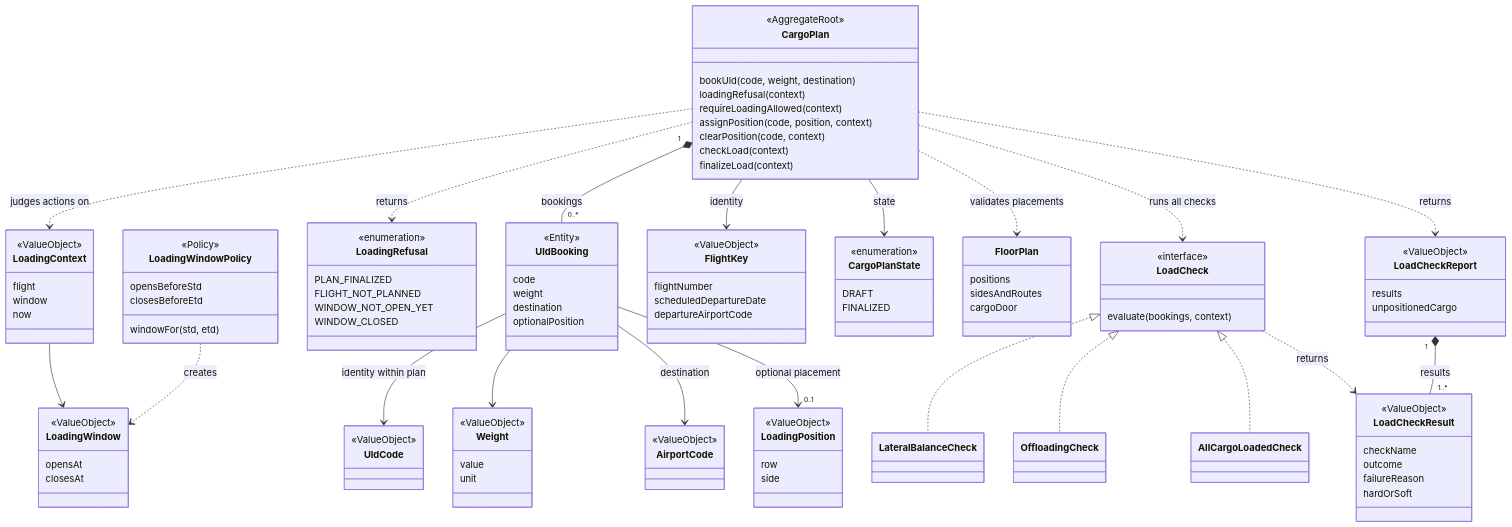
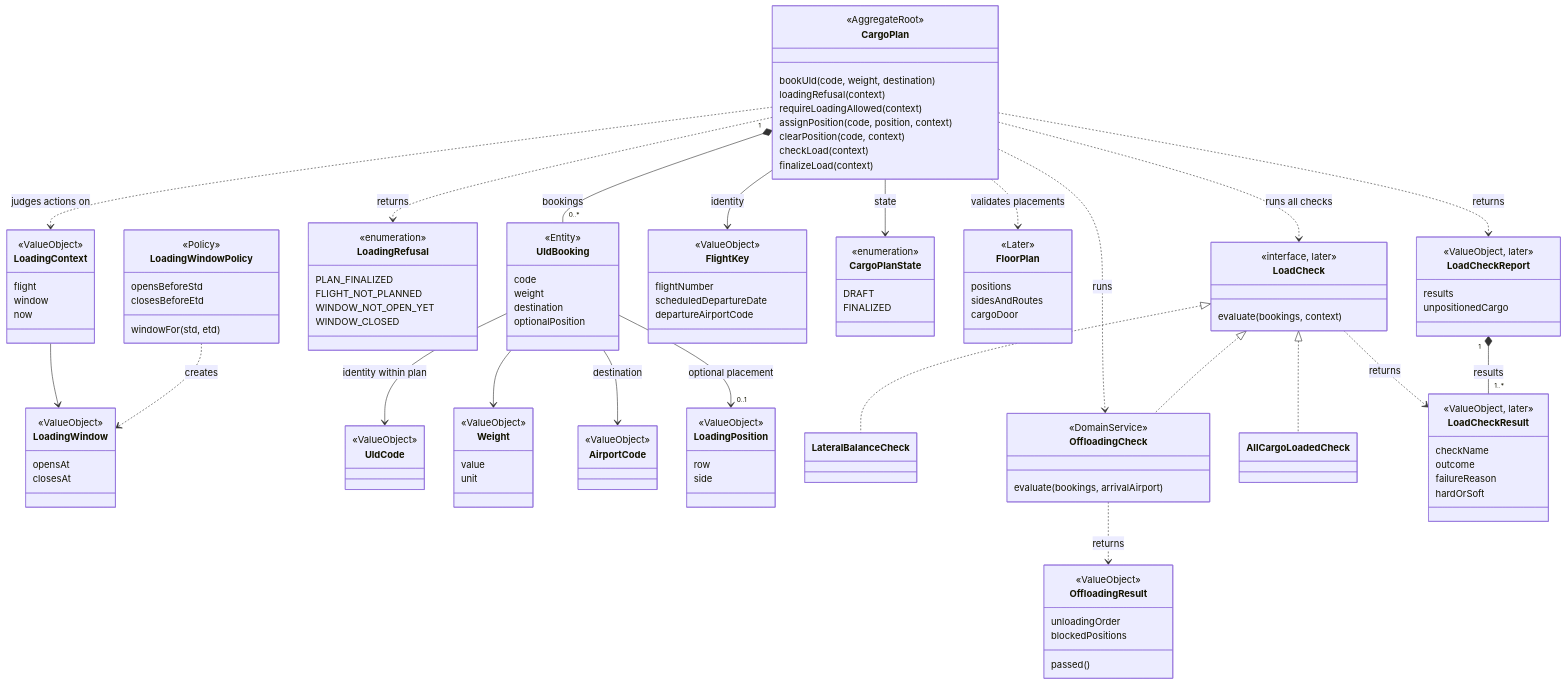
The fourth of 9 diagrams in architecture/analyse.md (ebhd/air-freight-operations), drawn with Mermaid before and after one commit. The commit also changed other lines of this file, not shown here.

Commit message:
Add the offloading check to the Cargo design (#23)

```diff
--- a/architecture/analyse.md
+++ b/architecture/analyse.md
@@ -212,26 +212,36 @@
         FINALIZED
     }
     class FloorPlan {
+        <<Later>>
         positions
         sidesAndRoutes
         cargoDoor
     }
     class LoadCheck {
-        <<interface>>
+        <<interface, later>>
         evaluate(bookings, context)
     }
     class LateralBalanceCheck
-    class OffloadingCheck
+    class OffloadingCheck {
+        <<DomainService>>
+        evaluate(bookings, arrivalAirport)
+    }
+    class OffloadingResult {
+        <<ValueObject>>
+        unloadingOrder
+        blockedPositions
+        passed()
+    }
     class AllCargoLoadedCheck
     class LoadCheckResult {
-        <<ValueObject>>
+        <<ValueObject, later>>
         checkName
         outcome
         failureReason
         hardOrSoft
     }
     class LoadCheckReport {
-        <<ValueObject>>
+        <<ValueObject, later>>
         results
         unpositionedCargo
     }
@@ -248,6 +258,8 @@
     UldBooking --> "0..1" LoadingPosition : optional placement
     CargoPlan ..> FloorPlan : validates placements
     CargoPlan ..> LoadCheck : runs all checks
+    CargoPlan ..> OffloadingCheck : runs
+    OffloadingCheck ..> OffloadingResult : returns
     LoadCheck <|.. LateralBalanceCheck
     LoadCheck <|.. OffloadingCheck
     LoadCheck <|.. AllCargoLoadedCheck
```
